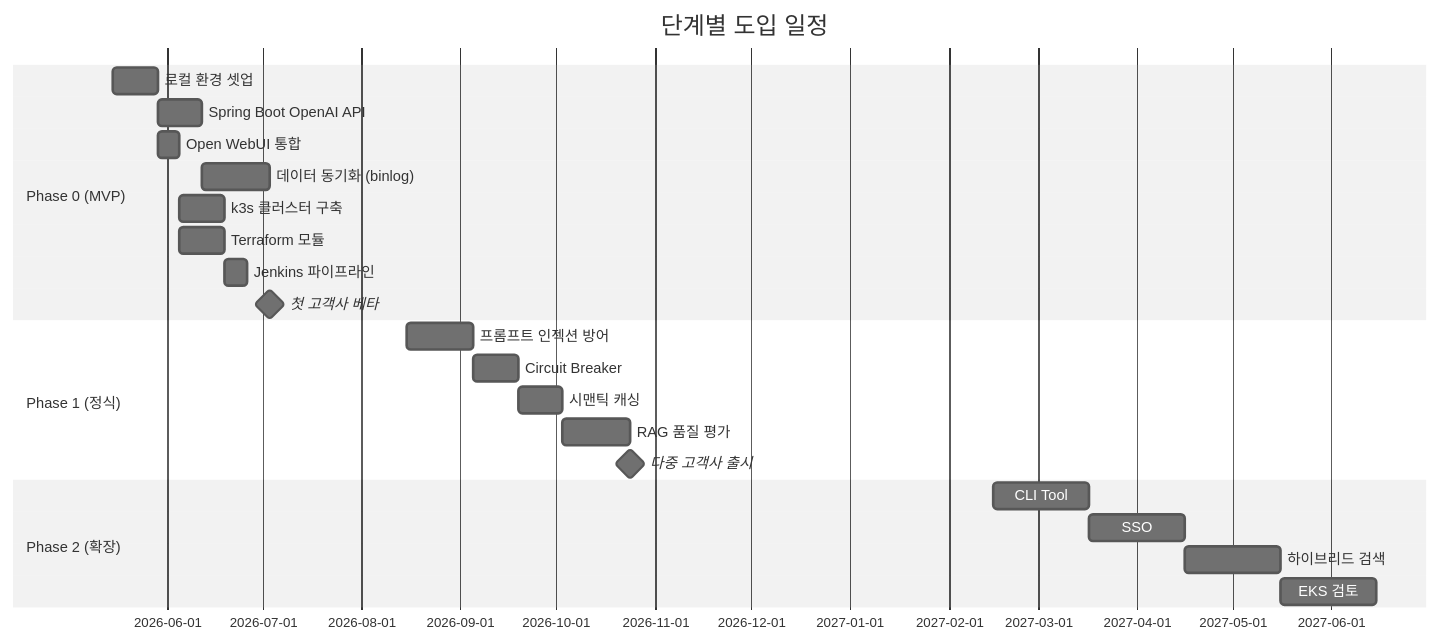
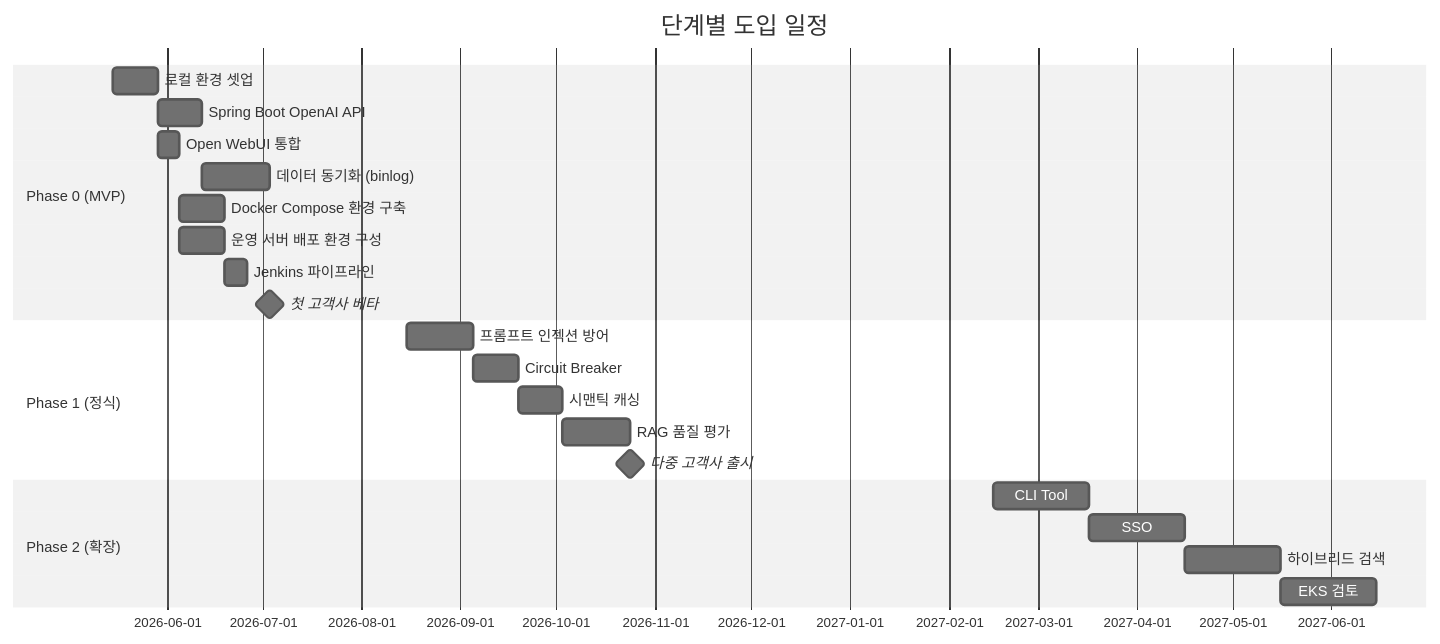
Before and after one commit to nittre/ragvault: diagram 13 of 14 in requirements/TEAM-OVERVIEW.md, drawn with Mermaid (neutral theme). The commit also changed other lines of this file and 32 other files, not shown here.

First line of the commit message:
docs: bge-m3·Docker Compose·사내 서비스 전환 전체 문서 반영

````diff
--- a/requirements/TEAM-OVERVIEW.md
+++ b/requirements/TEAM-OVERVIEW.md
@@ -1221,27 +1160,27 @@
 ```mermaid
 gantt
     title 단계별 도입 일정
     dateFormat YYYY-MM-DD
     section Phase 0 (MVP)
     로컬 환경 셋업           :a1, 2026-05-15, 14d
     Spring Boot OpenAI API   :a2, after a1, 14d
     Open WebUI 통합          :a3, after a1, 7d
     데이터 동기화 (binlog)    :a4, after a2, 21d
-    k3s 클러스터 구축        :a5, after a3, 14d
-    Terraform 모듈           :a6, after a3, 14d
+    Docker Compose 환경 구축  :a5, after a3, 14d
+    운영 서버 배포 환경 구성   :a6, after a3, 14d
     Jenkins 파이프라인       :a7, after a6, 7d
     첫 고객사 베타           :milestone, after a4, 0d
 
     section Phase 1 (정식)
     프롬프트 인젝션 방어     :b1, 2026-08-15, 21d
     Circuit Breaker          :b2, after b1, 14d
     시맨틱 캐싱              :b3, after b2, 14d
     RAG 품질 평가            :b4, after b3, 21d
     다중 고객사 출시         :milestone, after b4, 0d
 
     section Phase 2 (확장)
     CLI Tool                 :c1, 2027-02-15, 30d
     SSO                      :c2, after c1, 30d
     하이브리드 검색          :c3, after c2, 30d
     EKS 검토                 :c4, after c3, 30d
 ```
````
